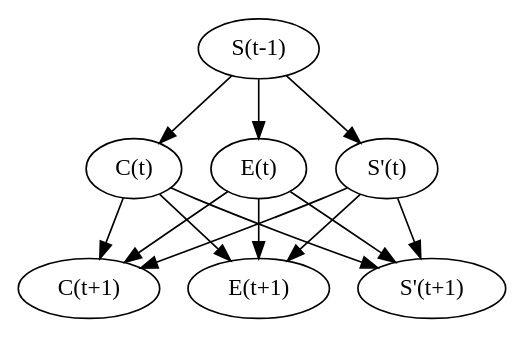
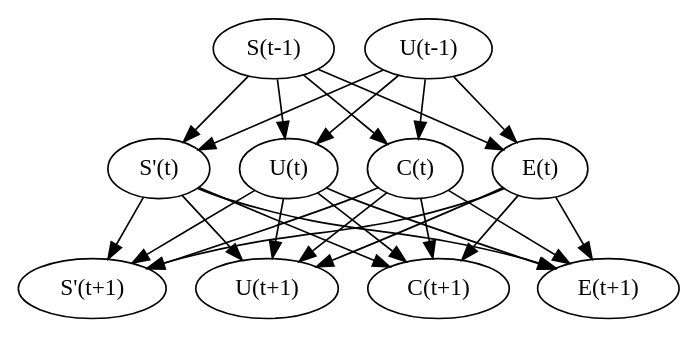
One commit to massma/causality-earth-science changed the diagram in generic-graph.dot. Above: the diagram before and after it, drawn with Graphviz. The commit also changed 4 other files, not shown here.

```diff
--- a/generic-graph.dot
+++ b/generic-graph.dot
@@ -1,28 +1,45 @@
 digraph G {
-	sminus1[label="S(t-1)"];
+	sMinus1[label="S(t-1)"];
+	uMinus1[label="U(t-1)"];
 
 	c[label="C(t)"];
 	e[label="E(t)"];
 	sPrime[label="S'(t)"];
+	u[label="U(t)"];
 
 	c1[label="C(t+1)"];
 	e1[label="E(t+1)"];
 	sPrime1[label="S'(t+1)"];
+	u1[label="U(t+1)"];
 
-	sminus1 -> c;
-	sminus1 -> e;
-	sminus1 -> sPrime;
+	sMinus1 -> c;
+	sMinus1 -> e;
+	sMinus1 -> sPrime;
+	sMinus1 -> u;
+
+	uMinus1 -> c;
+	uMinus1 -> e;
+	uMinus1 -> sPrime;
+	uMinus1 -> u;
 
 	c -> c1;
 	c -> e1;
 	c -> sPrime1;
+	c -> u1;
 
 	e -> c1;
 	e -> e1;
 	e -> sPrime1;
+	e -> u1;
 
 	sPrime -> c1;
 	sPrime -> e1;
 	sPrime -> sPrime1;
+	sPrime -> u1;
+
+	u -> c1;
+	u -> e1;
+	u -> sPrime1;
+	u -> u1;
 
 }
```
